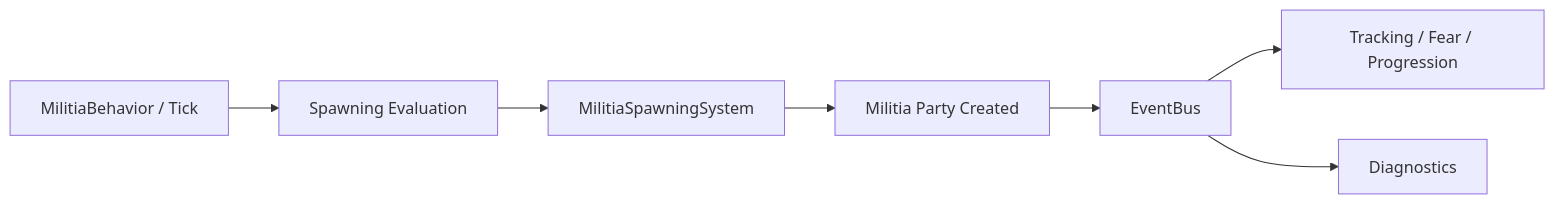
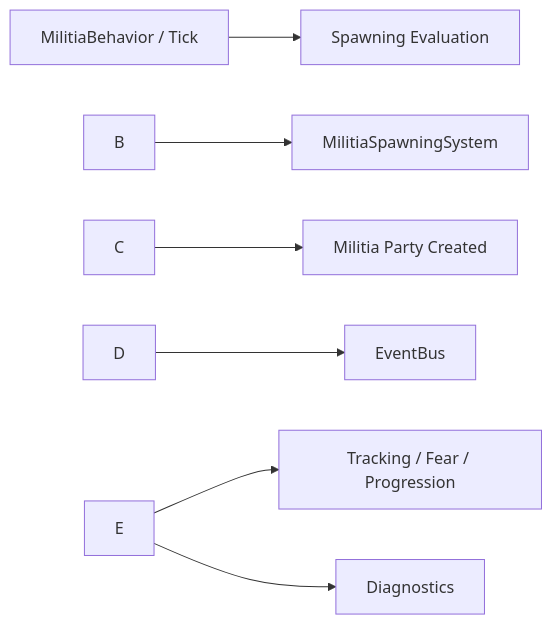
One commit to MrNghtoveng/bannerlord-BanditMilitias-WARLORD-mod changed the second of 5 diagrams in src/BanditMilitias/Documentation/SystemFlowTree.md. Above: the diagram before and after it, drawn with Mermaid. The commit also changed other lines of this file and 44 other files, not shown here.

````diff
--- a/src/BanditMilitias/Documentation/SystemFlowTree.md
+++ b/src/BanditMilitias/Documentation/SystemFlowTree.md
@@ -20,9 +40,9 @@
 ```mermaid
 graph LR
-    A[MilitiaBehavior / Tick] --> B[Spawning Evaluation]
-    B --> C[MilitiaSpawningSystem]
-    C --> D[Militia Party Created]
-    D --> E[EventBus]
-    E --> F[Tracking / Fear / Progression]
-    E --> G[Diagnostics]
+    A\[MilitiaBehavior / Tick] --> B\[Spawning Evaluation]
+    B --> C\[MilitiaSpawningSystem]
+    C --> D\[Militia Party Created]
+    D --> E\[EventBus]
+    E --> F\[Tracking / Fear / Progression]
+    E --> G\[Diagnostics]
 ```
````
